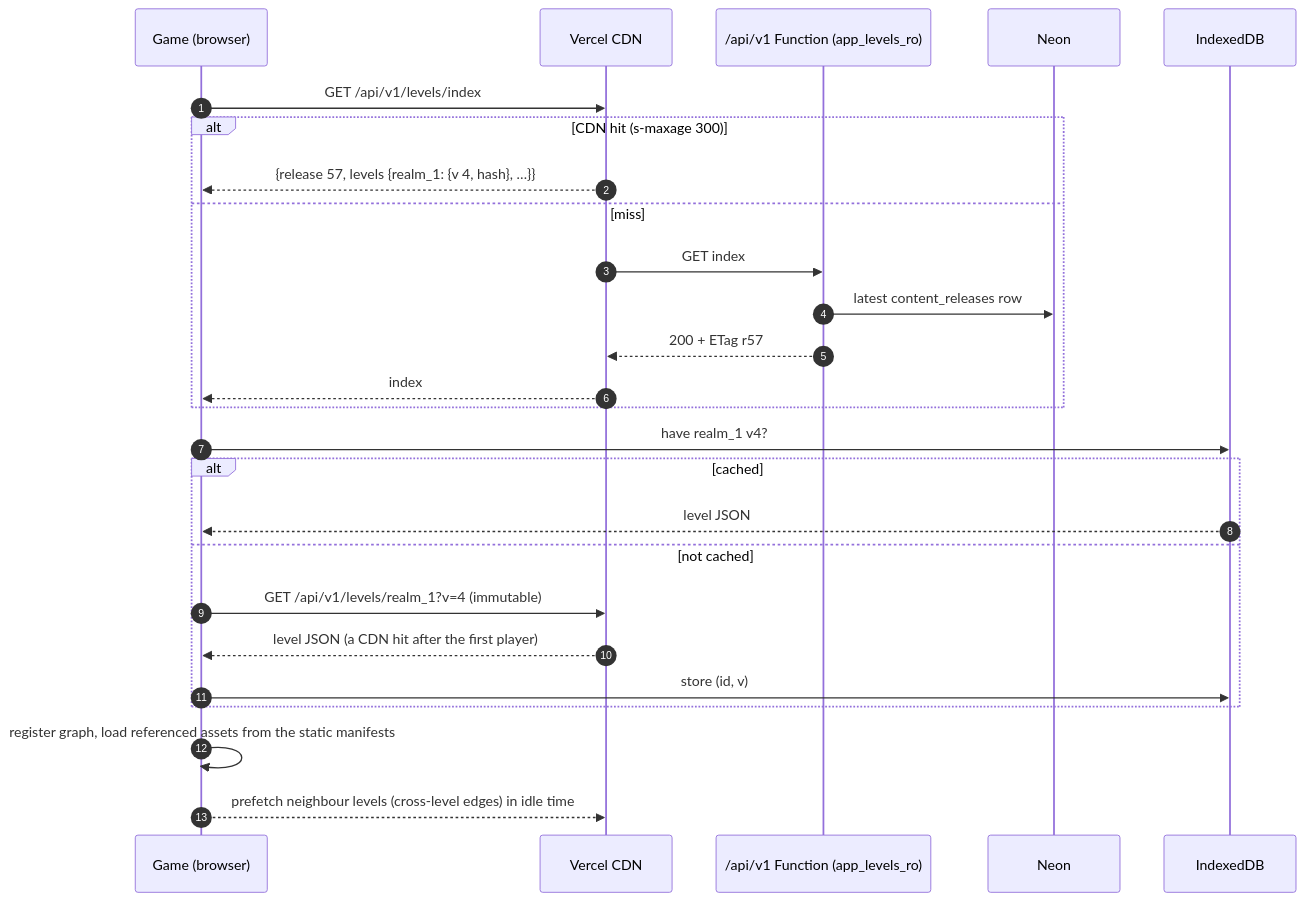
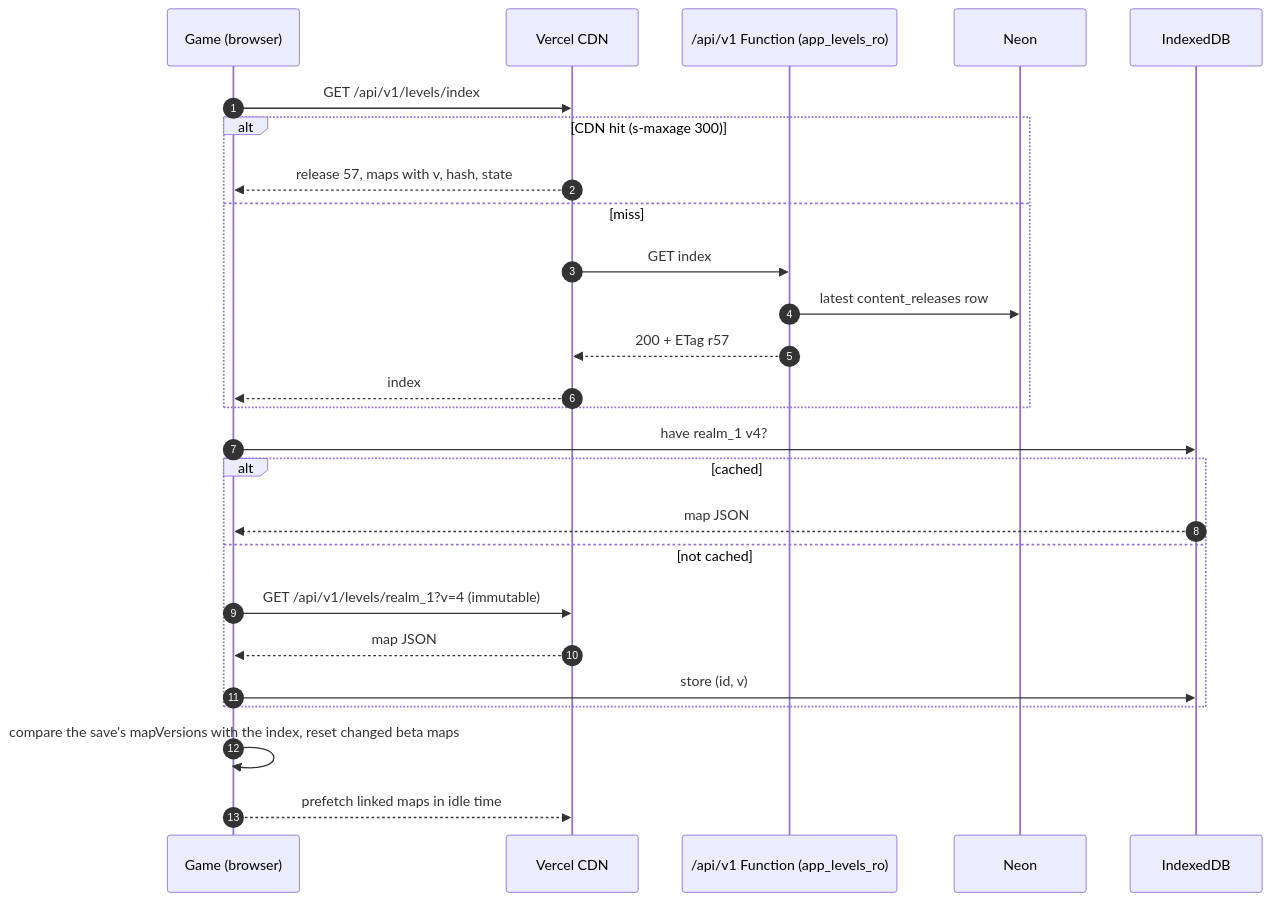
Before and after one commit to zenjax7/chinese-rpg: the fifth of 6 diagrams in docs/tech/level-editor.md, drawn with Mermaid. The commit also changed other lines of this file, not shown here.

````diff
--- a/docs/tech/level-editor.md
+++ b/docs/tech/level-editor.md
@@ -775,28 +658,28 @@
 ```mermaid
 sequenceDiagram
   autonumber
   participant G as Game (browser)
   participant C as Vercel CDN
   participant F as /api/v1 Function (app_levels_ro)
   participant DB as Neon
   participant I as IndexedDB
   G->>C: GET /api/v1/levels/index
   alt CDN hit (s-maxage 300)
-    C-->>G: {release 57, levels {realm_1: {v 4, hash}, …}}
+    C-->>G: release 57, maps with v, hash, state
   else miss
     C->>F: GET index
     F->>DB: latest content_releases row
     F-->>C: 200 + ETag r57
     C-->>G: index
   end
   G->>I: have realm_1 v4?
   alt cached
-    I-->>G: level JSON
+    I-->>G: map JSON
   else not cached
     G->>C: GET /api/v1/levels/realm_1?v=4 (immutable)
-    C-->>G: level JSON (a CDN hit after the first player)
+    C-->>G: map JSON
     G->>I: store (id, v)
   end
-  G->>G: register graph, load referenced assets from the static manifests
-  G-->>C: prefetch neighbour levels (cross-level edges) in idle time
+  G->>G: compare the save's mapVersions with the index, reset changed beta maps
+  G-->>C: prefetch linked maps in idle time
 ```
````
